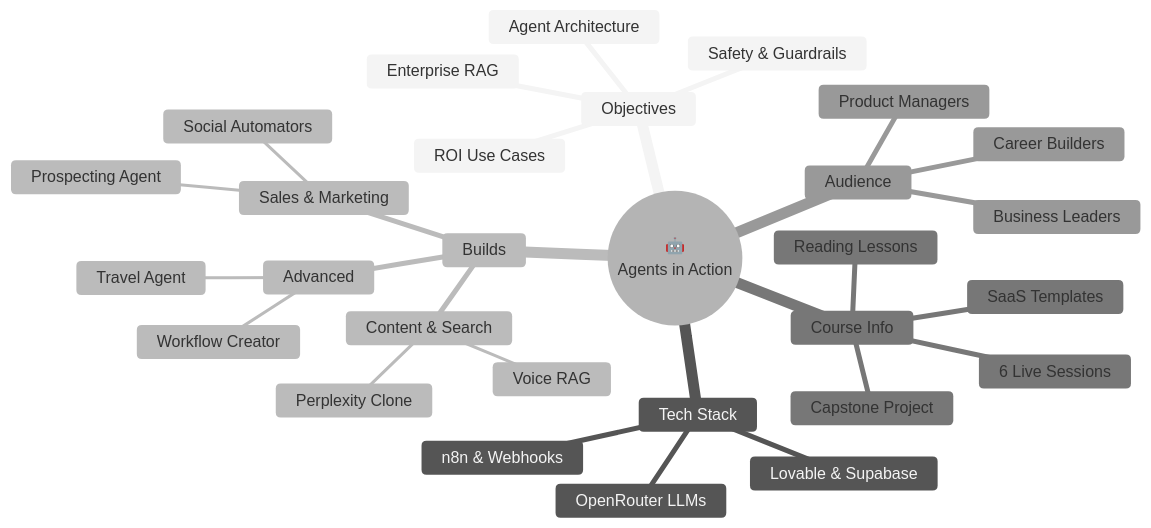
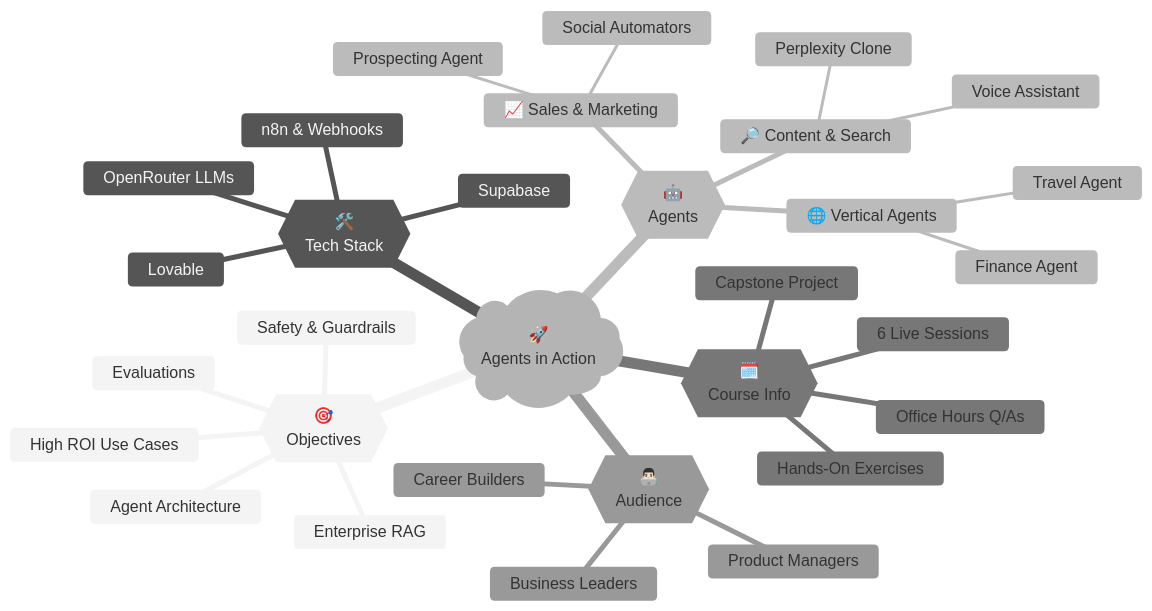
One commit to traversaal-ai/agents-in-action changed the diagram in README.md. Above: the diagram before and after it, drawn with Mermaid (neutral theme).

Commit message:
Revise mindmap
Configured for better visualization

````diff
--- a/README.md
+++ b/README.md
@@ -16,37 +16,34 @@
 ```mermaid
 mindmap
-root((🤖<br/>Agents in Action))
-  Objectives
-    ::icon(fa fa-bullseye)
-    ROI Use Cases
-    Agent Architecture
-    Enterprise RAG
-    Safety & Guardrails
-  Tech Stack
-    ::icon(fa fa-layer-group)
-    n8n & Webhooks
-    Lovable & Supabase
-    OpenRouter LLMs
-  Builds
-    ::icon(fa fa-hammer)
-    Sales & Marketing
-      Prospecting Agent
-      Social Automators
-    Content & Search
-      Perplexity Clone
-      Voice RAG
-    Advanced
-      Travel Agent
-      Workflow Creator
-  Course Info
-    ::icon(fa fa-calendar-check)
-    6 Live Sessions
-    Reading Lessons
-    Capstone Project
-    SaaS Templates
-  Audience
-    ::icon(fa fa-users)
-    Product Managers
-    Business Leaders
-    Career Builders
+  root)🚀<br/>Agents in Action(
+    {{🎯<br/>Objectives}}
+      High ROI Use Cases
+      Agent Architecture
+      Enterprise RAG
+      Evaluations
+      Safety & Guardrails
+    {{🛠️<br/>Tech Stack}}
+      n8n & Webhooks
+      Lovable
+      Supabase
+      OpenRouter LLMs
+    {{🤖<br/>Agents}}
+      📈 Sales & Marketing
+        Prospecting Agent
+        Social Automators
+      🔎 Content & Search
+        Perplexity Clone
+        Voice Assistant
+      🌐 Vertical Agents    
+        Travel Agent
+        Finance Agent
+    {{🗓️<br/>Course Info}}
+      6 Live Sessions
+      Hands-On Exercises 
+      Office Hours Q/As 
+      Capstone Project
+    {{👨🏻‍💻<br/>Audience}}
+      Product Managers
+      Business Leaders
+      Career Builders
 ```
````
